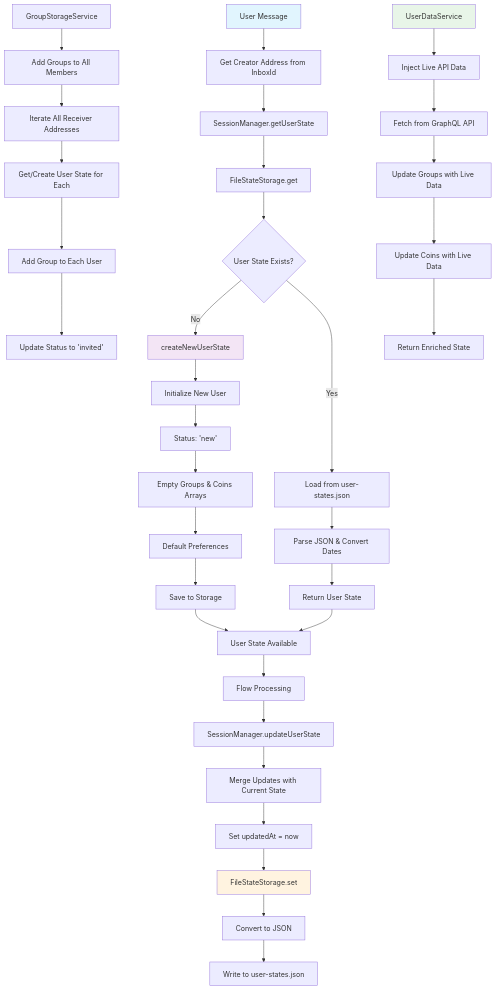
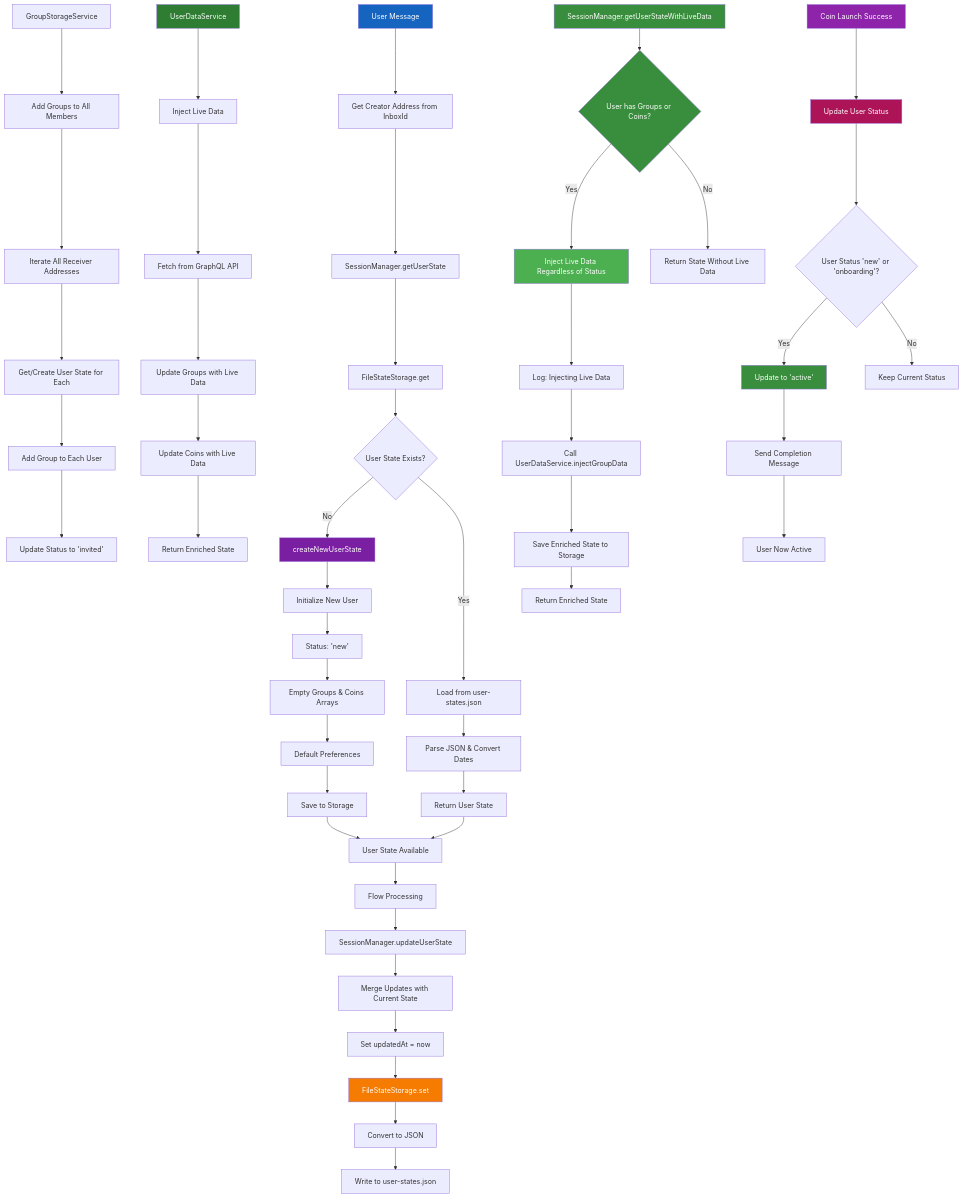
One commit to flayerlabs/xmtp-flaunchy changed the sixth of 12 diagrams in SYSTEM_ARCHITECTURE.md. Above: the diagram before and after it, drawn with Mermaid. The commit also changed other lines of this file, not shown here.

Commit message:
update system architecture

````diff
--- a/SYSTEM_ARCHITECTURE.md
+++ b/SYSTEM_ARCHITECTURE.md
@@ -312,48 +340,71 @@
 ```mermaid
 graph TD
     A[User Message] --> B[Get Creator Address from InboxId]
     B --> C[SessionManager.getUserState]
 
     C --> D[FileStateStorage.get]
     D --> E{User State Exists?}
     E -->|No| F[createNewUserState]
     E -->|Yes| G[Load from user-states.json]
 
     F --> H[Initialize New User]
     H --> I[Status: 'new']
     I --> J[Empty Groups & Coins Arrays]
     J --> K[Default Preferences]
     K --> L[Save to Storage]
 
     G --> M[Parse JSON & Convert Dates]
     M --> N[Return User State]
 
     L --> O[User State Available]
     N --> O
 
     O --> P[Flow Processing]
     P --> Q[SessionManager.updateUserState]
     Q --> R[Merge Updates with Current State]
     R --> S[Set updatedAt = now]
     S --> T[FileStateStorage.set]
 
     T --> U[Convert to JSON]
     U --> V[Write to user-states.json]
 
     W[GroupStorageService] --> X[Add Groups to All Members]
     X --> Y[Iterate All Receiver Addresses]
     Y --> Z[Get/Create User State for Each]
     Z --> AA[Add Group to Each User]
     AA --> BB[Update Status to 'invited']
 
-    CC[UserDataService] --> DD[Inject Live API Data]
+    CC[UserDataService] --> DD[Inject Live Data]
     DD --> EE[Fetch from GraphQL API]
     EE --> FF[Update Groups with Live Data]
     FF --> GG[Update Coins with Live Data]
     GG --> HH[Return Enriched State]
 
-    style A fill:#e1f5fe
-    style F fill:#f3e5f5
-    style T fill:#fff3e0
-    style CC fill:#e8f5e8
+    II[SessionManager.getUserStateWithLiveData] --> JJ{User has Groups or Coins?}
+    JJ -->|Yes| KK[Inject Live Data Regardless of Status]
+    JJ -->|No| LL[Return State Without Live Data]
+
+    KK --> MM[Log: Injecting Live Data]
+    MM --> NN[Call UserDataService.injectGroupData]
+    NN --> OO[Save Enriched State to Storage]
+    OO --> PP[Return Enriched State]
+
+    QQ[Coin Launch Success] --> RR[Update User Status]
+    RR --> SS{User Status 'new' or 'onboarding'?}
+    SS -->|Yes| TT[Update to 'active']
+    SS -->|No| UU[Keep Current Status]
+
+    TT --> VV[Send Completion Message]
+    VV --> WW[User Now Active]
+
+    style A fill:#1565C0,color:#ffffff
+    style F fill:#7B1FA2,color:#ffffff
+    style T fill:#F57C00,color:#ffffff
+    style CC fill:#2E7D32,color:#ffffff
+    style II fill:#388E3C,color:#ffffff
+    style JJ fill:#388E3C,color:#ffffff
+    style KK fill:#4CAF50,color:#ffffff
+    style QQ fill:#8E24AA,color:#ffffff
+    style RR fill:#AD1457,color:#ffffff
+    style TT fill:#388E3C,color:#ffffff
 ```
````
